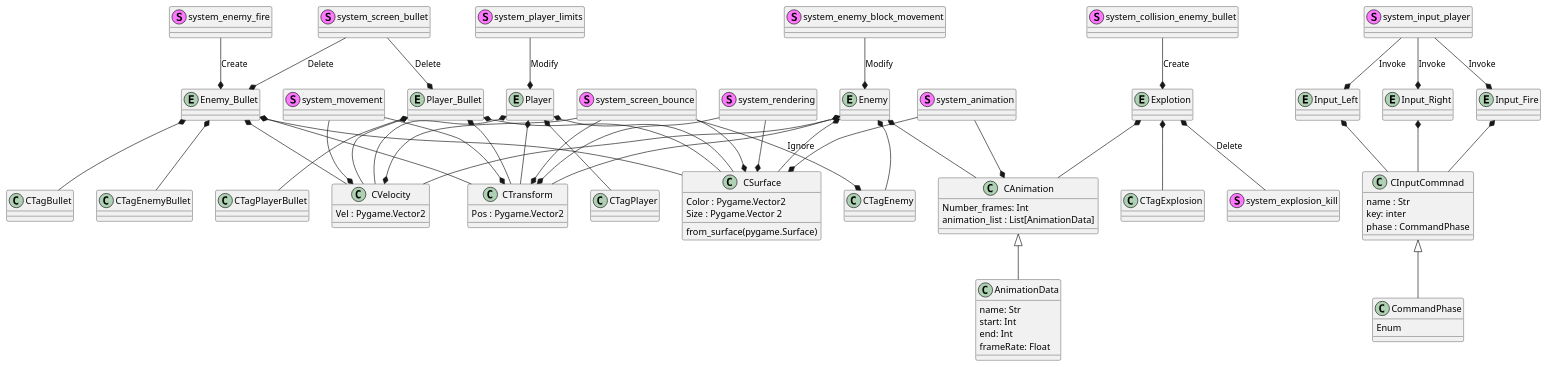
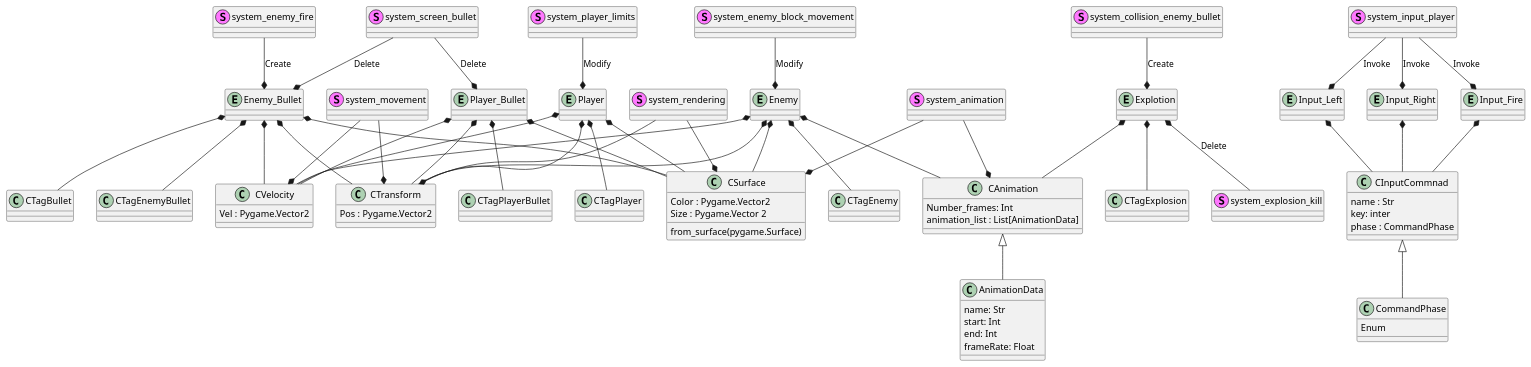
The diagram in Documentation/digram.puml (shiomar-salazar/MISW-4407-NoobPower), drawn with PlantUML before and after one commit. The commit also changed 5 other files, not shown here.

```diff
--- a/Documentation/digram.puml
+++ b/Documentation/digram.puml
@@ -1,117 +1,110 @@
 @startuml
 entity Enemy
 entity Player_Bullet
 entity Input_Left
 entity Input_Right
 entity Input_Fire
 entity Player
 entity Explotion
 entity Enemy_Bullet
 
 class CSurface {
     Color : Pygame.Vector2
     Size : Pygame.Vector 2
     from_surface(pygame.Surface)
 }
 class CTransform {
     Pos : Pygame.Vector2
 }
 class CVelocity {
     Vel : Pygame.Vector2
 }
 class CAnimation {
     Number_frames: Int
     animation_list : List[AnimationData]
 }
 class AnimationData {
     name: Str
     start: Int
     end: Int
     frameRate: Float
 }
 class CInputCommnad {
     name : Str
     key: inter
     phase : CommandPhase
 }
 class CommandPhase {
     Enum
 }
 
 class CTagEnemy
 class CTagBullet
 class CTagExplosion
 class CTagPlayer
 class CTagEnemyBullet
 class CTagPlayerBullet
 
 stereotype system_animation
 stereotype system_movement
 stereotype system_rendering
-stereotype system_screen_bounce
 stereotype system_screen_bullet
 stereotype system_input_player
 stereotype system_collision_enemy_bullet
 stereotype system_enemy_block_movement
 stereotype system_explosion_kill
 stereotype system_enemy_fire
 stereotype system_player_limits
 
 CAnimation <|-- AnimationData
 CInputCommnad <|-- CommandPhase
 
 Enemy *-- CTagEnemy
 Enemy *-- CAnimation
 Enemy *-- CSurface
 Enemy *-- CTransform
 Enemy *-- CVelocity
 system_enemy_block_movement --* Enemy : Modify
 
 Player_Bullet *-- CTagPlayerBullet
 Player_Bullet *-- CSurface
 Player_Bullet *-- CTransform
 Player_Bullet *-- CVelocity
 system_screen_bullet --* Player_Bullet : Delete
 
 Input_Fire *-- CInputCommnad
 Input_Left *-- CInputCommnad
 Input_Right *-- CInputCommnad
 system_input_player --* Input_Fire : Invoke
 system_input_player --* Input_Left : Invoke
 system_input_player --* Input_Right : Invoke
 
 system_collision_enemy_bullet --* Explotion : Create
 Explotion *-- CTagExplosion
 Explotion *-- CAnimation
 Explotion *-- system_explosion_kill :Delete
 
 Player *-- CTagPlayer
 Player *-- CSurface
 Player *-- CTransform
 Player *-- CVelocity
 system_player_limits --* Player : Modify
 
 system_enemy_fire --* Enemy_Bullet : Create
 Enemy_Bullet *-- CTagEnemyBullet
 Enemy_Bullet *-- CTagBullet
 Enemy_Bullet *-- CSurface
 Enemy_Bullet *-- CTransform
 Enemy_Bullet *-- CVelocity
 system_screen_bullet --* Enemy_Bullet : Delete
 
 system_animation --* CAnimation
 system_animation --* CSurface
 
 system_movement --* CTransform
 system_movement --* CVelocity
 
 system_rendering --* CTransform
 system_rendering --* CSurface
 
-system_screen_bounce --* CTransform
-system_screen_bounce --*CVelocity
-system_screen_bounce --* CSurface
-system_screen_bounce --* CTagEnemy : Ignore
-
-
 @enduml
```
